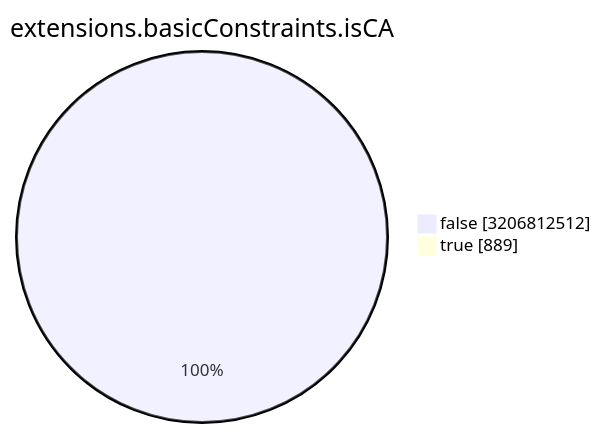
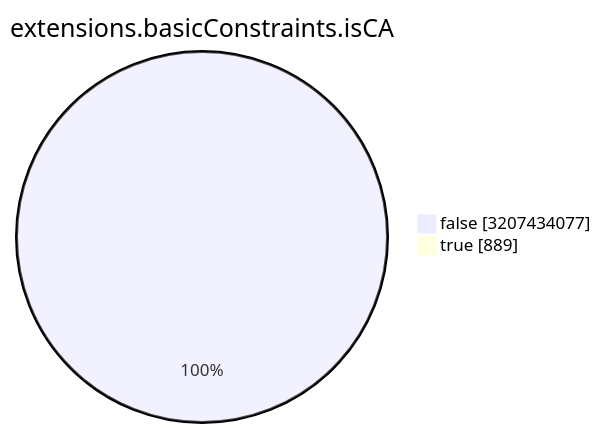
The seventh of 15 diagrams in TOTAL/README.md (christiankrug/ctmonitor_visualization), drawn with Mermaid before and after one commit. The commit also changed other lines of this file, not shown here.

````diff
--- a/TOTAL/README.md
+++ b/TOTAL/README.md
@@ -3088,6 +3088,6 @@
 ```mermaid
 pie showData
 title extensions.basicConstraints.isCA
-"false" :3206812512
+"false" :3207434077
 "true" :889
 ```
````
